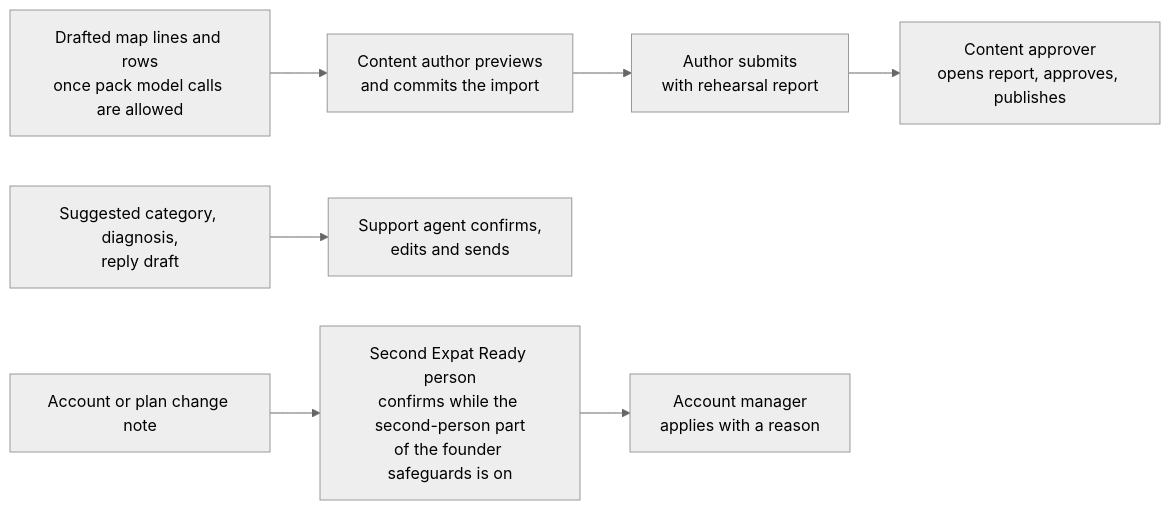
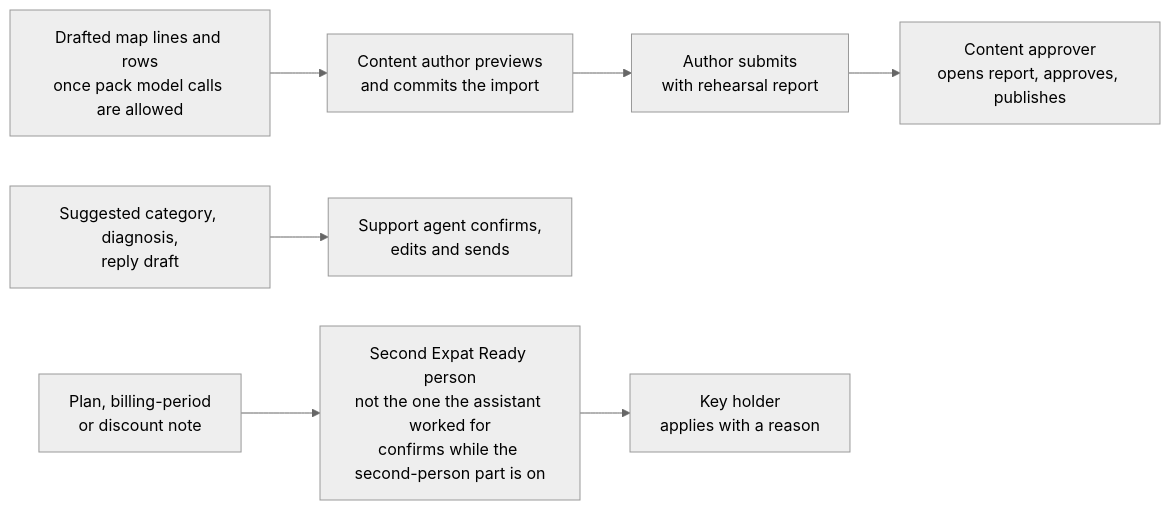
The third of 4 diagrams in ai-workers/requirements/AW-02-platform-ai-assistants_v0.1.md (ranjan-expatready/xpatready), drawn with Mermaid (neutral theme) before and after one commit. The commit also changed other lines of this file and 5 other files, not shown here.

````diff
--- a/ai-workers/requirements/AW-02-platform-ai-assistants_v0.1.md
+++ b/ai-workers/requirements/AW-02-platform-ai-assistants_v0.1.md
@@ -136,6 +137,6 @@
 ```mermaid
 flowchart LR
     MAP[Drafted map lines and rows<br/>once pack model calls are allowed] --> IMP[Content author previews<br/>and commits the import] --> SUB[Author submits<br/>with rehearsal report] --> APP[Content approver<br/>opens report, approves, publishes]
     TRI[Suggested category, diagnosis,<br/>reply draft] --> AG[Support agent confirms,<br/>edits and sends]
-    NOTE[Account or plan change note] --> SEC[Second Expat Ready person<br/>confirms while the second-person part<br/>of the founder safeguards is on] --> AM[Account manager<br/>applies with a reason]
+    NOTE[Plan, billing-period<br/>or discount note] --> SEC[Second Expat Ready person<br/>not the one the assistant worked for<br/>confirms while the second-person part is on] --> AM[Key holder<br/>applies with a reason]
 ```
````
